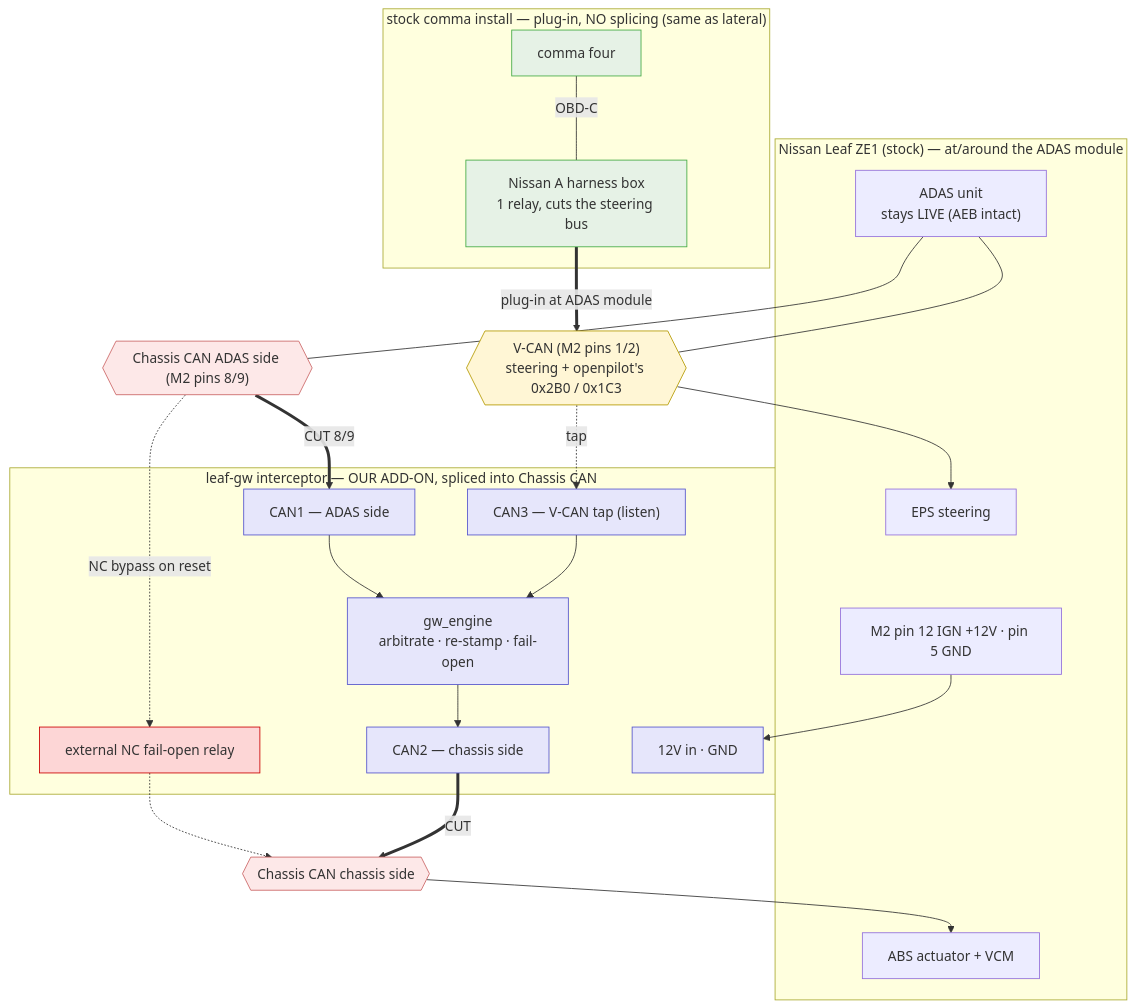
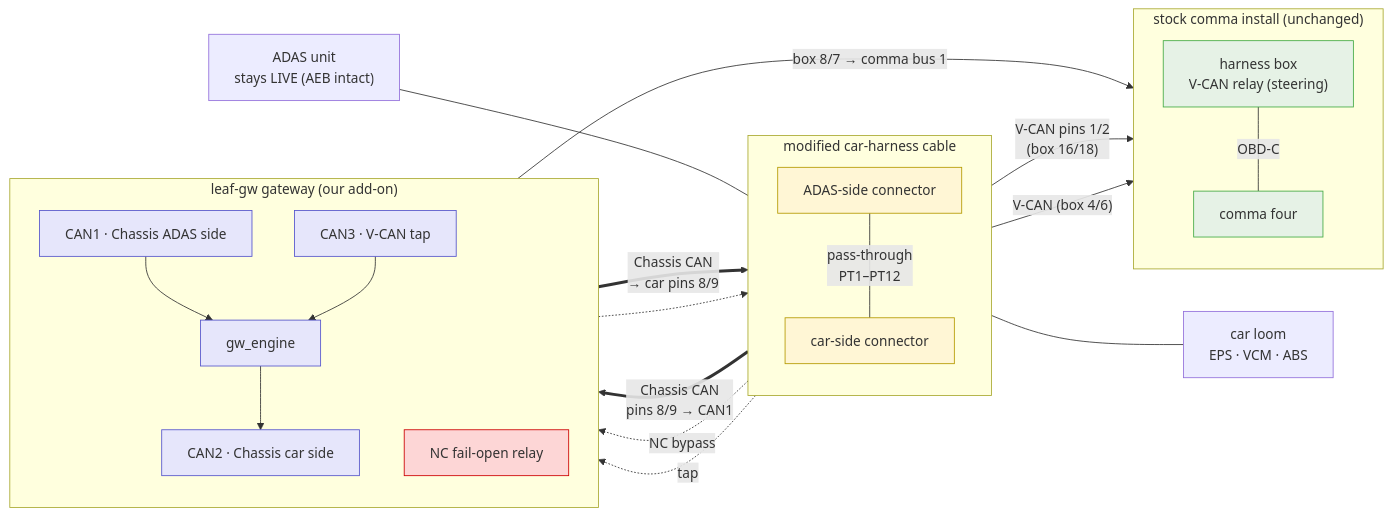
The diagram in docs/wiring.mmd (siigna/leaf-gw), drawn with Mermaid before and after one commit. The commit also changed 2 other files, not shown here.

Commit message:
hardware: build on comma's Nissan A car harness, no cuts to the car
comma's open Nissan A drawing shows the car-harness cable already brings
the ADAS-side and car-side halves of Chassis CAN out on separate pairs to
the 18-pin box connector (box pins 9/11 and 8/7), joined inside the box.
HARDWARE.md now builds the gateway in that join on a spare cable: pin
table, steps, termination, checks before cutting, and the second-harness-
box alternative. The wiring diagram is redrawn as cable + inline gateway
with the stock box and comma unchanged. Phase-0 notes that a stock comma
already hears Chassis CAN on bus 1.

```diff
--- a/docs/wiring.mmd
+++ b/docs/wiring.mmd
@@ -1,54 +1,53 @@
-%% leaf-gw PLANNED wiring. Two things meet at the Leaf's ADAS module: the STOCK
-%% comma install (a plug-in harness, unchanged from a lateral-only setup) and OUR
-%% interceptor (physically spliced into the Chassis CAN pair). Pins from the 2018 ESM;
-%% relay topology functional; which V-CAN segment is a bench check. Bench only.
-flowchart TB
-  subgraph STOCK["stock comma install — plug-in, NO splicing (same as lateral)"]
-    CF["comma four"]
-    HB["Nissan A harness box<br/>1 relay, cuts the steering bus"]
-    CF ---|OBD-C| HB
+%% leaf-gw PLANNED wiring, built on comma's Nissan A car harness (no cuts to the car).
+%% The car-harness cable plugs in between the ADAS unit and the car loom and brings both
+%% halves of Chassis CAN out separately; the gateway sits where the harness box would
+%% join them. Pins from comma's open Nissan A drawing + the 2018 ESM. Bench only.
+flowchart LR
+  ADAS["ADAS unit<br/>stays LIVE (AEB intact)"]
+  LOOM["car loom<br/>EPS · VCM · ABS"]
+
+  subgraph CABLE["modified car-harness cable"]
+    direction TB
+    A["ADAS-side connector"]
+    C["car-side connector"]
+    A ---|"pass-through<br/>PT1–PT12"| C
   end
 
-  VCAN{{"V-CAN (M2 pins 1/2)<br/>steering + openpilot's 0x2B0 / 0x1C3"}}
-  ICA{{"Chassis CAN ADAS side (M2 pins 8/9)"}}
-  ICB{{"Chassis CAN chassis side"}}
-
-  subgraph CAR["Nissan Leaf ZE1 (stock) — at/around the ADAS module"]
-    ADAS["ADAS unit<br/>stays LIVE (AEB intact)"]
-    EPS["EPS steering"]
-    ABS["ABS actuator + VCM"]
-    PWRCAR["M2 pin 12 IGN +12V · pin 5 GND"]
+  subgraph GW["leaf-gw gateway (our add-on)"]
+    direction TB
+    CAN1["CAN1 · Chassis ADAS side"]
+    CORE["gw_engine"]
+    CAN2["CAN2 · Chassis car side"]
+    CAN3["CAN3 · V-CAN tap"]
+    RELAY["NC fail-open relay"]
+    CAN1 --> CORE --> CAN2
+    CAN3 --> CORE
   end
 
-  subgraph GW["leaf-gw interceptor — OUR ADD-ON, spliced into Chassis CAN"]
-    CAN3["CAN3 — V-CAN tap (listen)"]
-    CORE["gw_engine<br/>arbitrate · re-stamp · fail-open"]
-    CAN1["CAN1 — ADAS side"]
-    CAN2["CAN2 — chassis side"]
-    RELAY["external NC fail-open relay"]
-    PWRGW["12V in · GND"]
+  subgraph STOCK["stock comma install (unchanged)"]
+    direction TB
+    HB["harness box<br/>V-CAN relay (steering)"]
+    CF["comma four"]
+    HB ---|OBD-C| CF
   end
 
-  %% stock comma: plug in at the ADAS module, drive V-CAN
-  HB ==>|plug-in at ADAS module| VCAN
-  VCAN --> EPS
-  ADAS --- VCAN
+  ADAS --- A
+  C --- LOOM
 
-  %% our interceptor: tap V-CAN to hear 0x2B0/0x1C3, and CUT the Chassis CAN pair
-  VCAN -. tap .-> CAN3 --> CORE
-  ADAS --- ICA
-  ICA ==>|CUT 8/9| CAN1 --> CORE --> CAN2 ==>|CUT| ICB
-  ICB --> ABS
-  ICA -. NC bypass on reset .-> RELAY -.-> ICB
-  PWRCAR --> PWRGW
+  A ==>|"Chassis CAN<br/>pins 8/9 → CAN1"| CAN1
+  CAN2 ==>|"Chassis CAN<br/>→ car pins 8/9"| C
+  A -.->|"NC bypass"| RELAY -.-> C
+
+  A -->|"V-CAN pins 1/2<br/>(box 16/18)"| HB
+  A -.->|"tap"| CAN3
+  C -->|"V-CAN (box 4/6)"| HB
+  CAN2 -->|"box 8/7 → comma bus 1"| HB
 
   classDef stock fill:#e6f2e6,stroke:#44aa44
   classDef addon fill:#e6e6fb,stroke:#5555cc
-  classDef bus fill:#fff6d5,stroke:#b59a00
-  classDef ic fill:#fde8e8,stroke:#cc6666
+  classDef cable fill:#fff6d5,stroke:#b59a00
   classDef relay fill:#fdd6d6,stroke:#cc0000
   class CF,HB stock
-  class CAN3,CORE,CAN1,CAN2,PWRGW addon
-  class VCAN bus
-  class ICA,ICB ic
+  class CAN1,CAN2,CAN3,CORE addon
+  class A,C cable
   class RELAY relay
```
